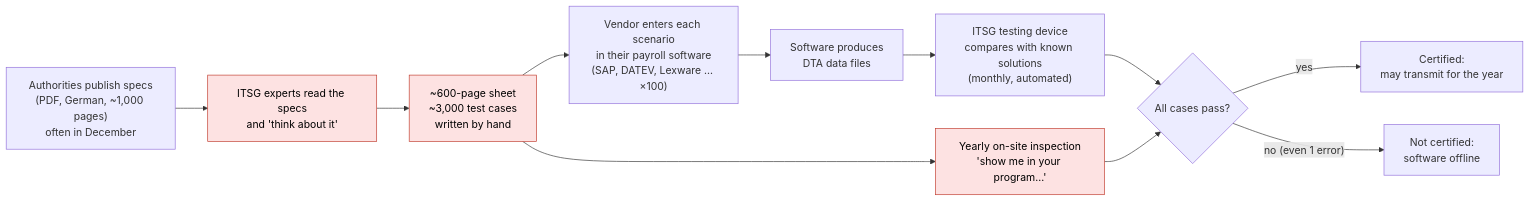
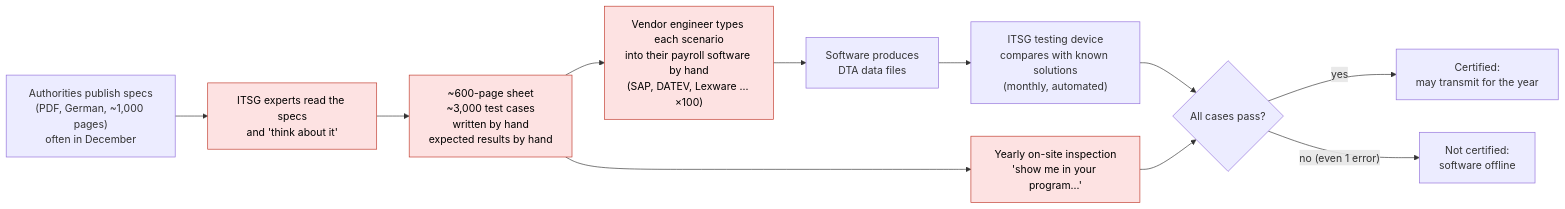
The first of 11 diagrams in docs/08-problem-and-solution.md (AmineChr54/futury-hackathon-itsg), drawn with Mermaid before and after one commit. The commit also changed other lines of this file and 7 other files, not shown here.

````diff
--- a/docs/08-problem-and-solution.md
+++ b/docs/08-problem-and-solution.md
@@ -16,21 +16,21 @@
 ```mermaid
 flowchart LR
     GOV["Authorities publish specs<br/>(PDF, German, ~1,000 pages)<br/>often in December"]
     READ["ITSG experts read the specs<br/>and 'think about it'"]
-    TC["~600-page sheet<br/>~3,000 test cases<br/>written by hand"]
-    VEND["Vendor enters each scenario<br/>in their payroll software<br/>(SAP, DATEV, Lexware … ×100)"]
+    TC["~600-page sheet<br/>~3,000 test cases<br/>written by hand<br/>expected results by hand"]
+    VEND["Vendor engineer types each scenario<br/>into their payroll software by hand<br/>(SAP, DATEV, Lexware … ×100)"]
     MSG["Software produces<br/>DTA data files"]
     DEV["ITSG testing device<br/>compares with known solutions<br/>(monthly, automated)"]
     AUDIT["Yearly on-site inspection<br/>'show me in your program…'"]
     CERT{"All cases pass?"}
     OK["Certified:<br/>may transmit for the year"]
     NO["Not certified:<br/>software offline"]
 
     GOV --> READ --> TC --> VEND --> MSG --> DEV --> CERT
     TC --> AUDIT --> CERT
     CERT -- yes --> OK
     CERT -- "no (even 1 error)" --> NO
 
     classDef pain fill:#fde2e2,stroke:#c0392b,color:#000;
-    class READ,TC,AUDIT pain;
+    class READ,TC,VEND,AUDIT pain;
 ```
````
